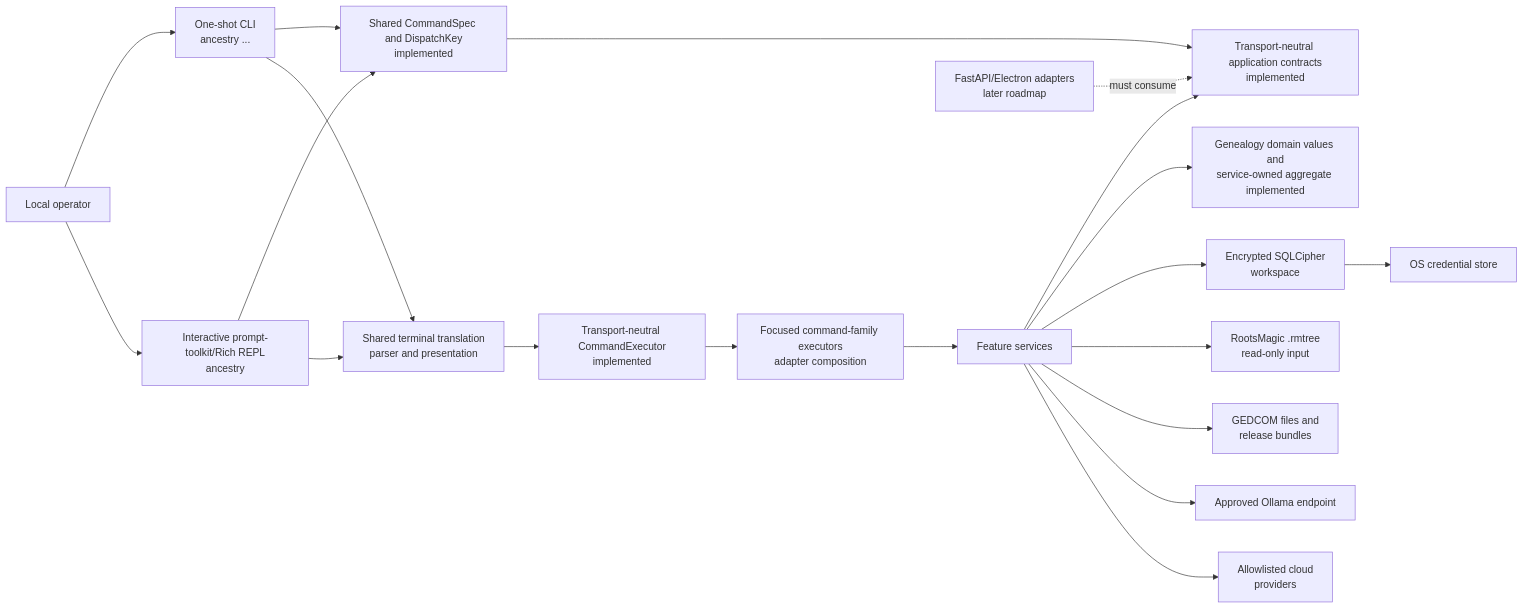
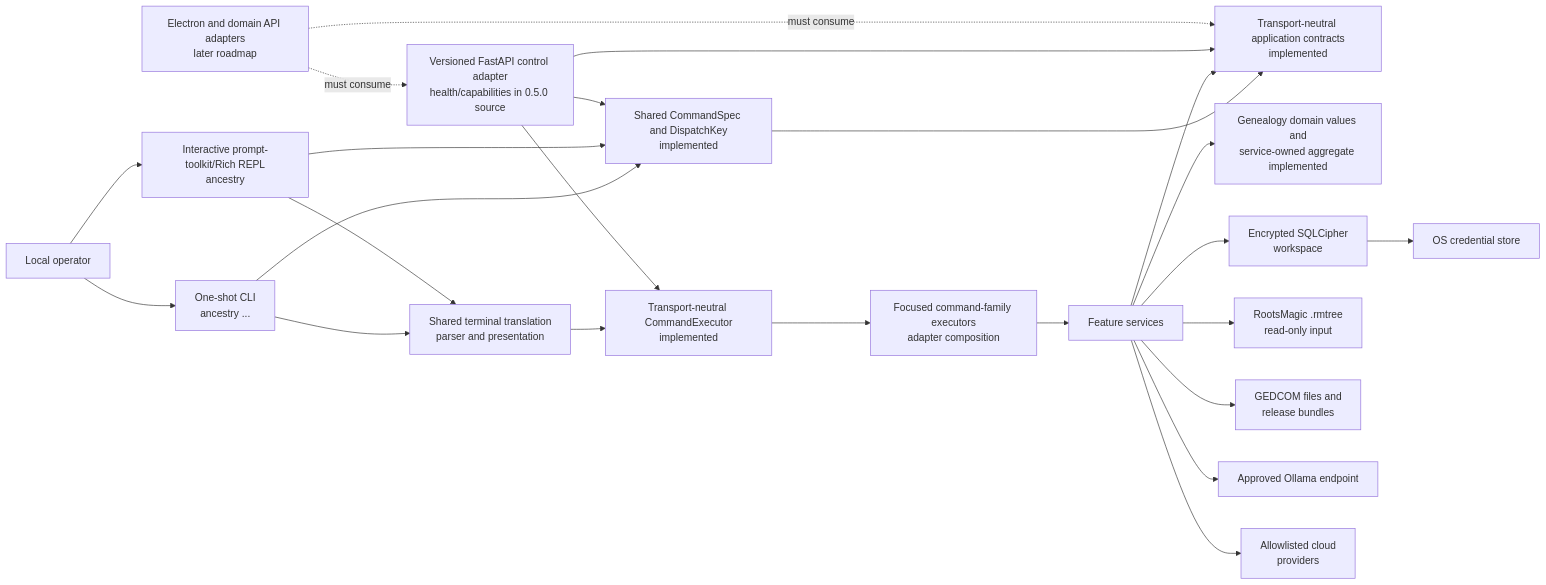
Before and after one commit to sodejm/AncestryLLM: the first of 3 diagrams in ARCHITECTURE.md, drawn with Mermaid. The commit also changed other lines of this file and 24 other files, not shown here.

Commit message:
feat(api): add authenticated internal control foundation

````diff
--- a/ARCHITECTURE.md
+++ b/ARCHITECTURE.md
@@ -57,40 +62,45 @@
 ```mermaid
 flowchart LR
     Operator["Local operator"]
     CLI["One-shot CLI\nancestry ..."]
     Console["Interactive prompt-toolkit/Rich REPL\nancestry"]
     Specs["Shared CommandSpec and DispatchKey\nimplemented"]
     Contracts["Transport-neutral application contracts\nimplemented"]
     Terminal["Shared terminal translation\nparser and presentation"]
     Executor["Transport-neutral CommandExecutor\nimplemented"]
     Handlers["Focused command-family executors\nadapter composition"]
     Services["Feature services"]
     Domain["Genealogy domain values and\nservice-owned aggregate implemented"]
     Workspace["Encrypted SQLCipher\nworkspace"]
     Keyring["OS credential store"]
     RM["RootsMagic .rmtree\nread-only input"]
     GED["GEDCOM files and\nrelease bundles"]
     LocalLLM["Approved Ollama endpoint"]
     Cloud["Allowlisted cloud\nproviders"]
-    Future["FastAPI/Electron adapters\nlater roadmap"]
+    ControlAPI["Versioned FastAPI control adapter\nhealth/capabilities in 0.5.0 source"]
+    Future["Electron and domain API adapters\nlater roadmap"]
 
     Operator --> CLI
     Operator --> Console
     CLI --> Specs
     Console --> Specs
     CLI --> Terminal
     Console --> Terminal
     Terminal --> Executor
     Executor --> Handlers
     Handlers --> Services
     Specs --> Contracts
     Services --> Contracts
     Services --> Domain
     Services --> Workspace
     Workspace --> Keyring
     Services --> RM
     Services --> GED
     Services --> LocalLLM
     Services --> Cloud
+    ControlAPI --> Specs
+    ControlAPI --> Contracts
+    ControlAPI --> Executor
+    Future -. "must consume" .-> ControlAPI
     Future -. "must consume" .-> Contracts
 ```
````
